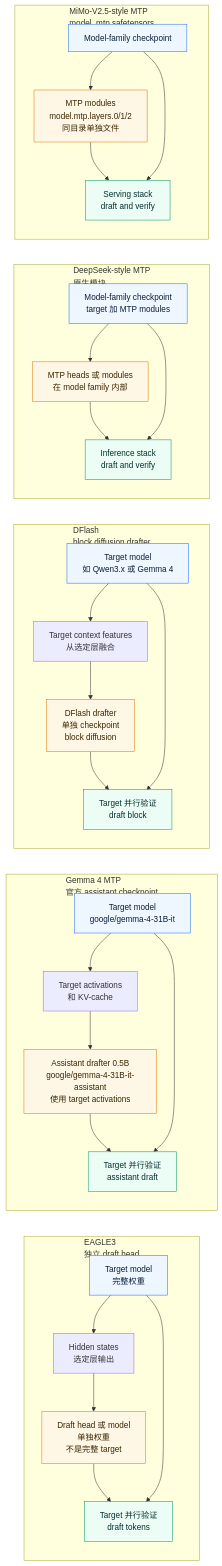
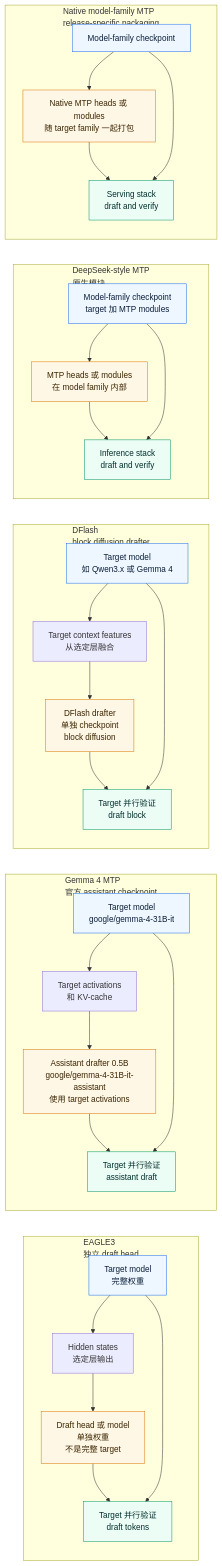
The second of 3 diagrams in Deep-Learning/Speculative-Decoding-EAGLE3/README-CN.md (david-xinyuwei/david-share), drawn with Mermaid before and after one commit. The commit also changed other lines of this file and 2 other files, not shown here.

First line of the commit message:
refactor: generalize repo title to Speculative Decoding, remove MiMo case, rewrite simulated acceptance with token timeline example and 4-hyperparameter explanation, align bilingual sections

````diff
--- a/Deep-Learning/Speculative-Decoding-EAGLE3/README-CN.md
+++ b/Deep-Learning/Speculative-Decoding-EAGLE3/README-CN.md
@@ -214,60 +212,60 @@
 ```mermaid
 flowchart LR
     subgraph E3["EAGLE3<br/>独立 draft head"]
         E3T["Target model<br/>完整权重"]
         E3H["Hidden states<br/>选定层输出"]
         E3D["Draft head 或 model<br/>单独权重<br/>不是完整 target"]
         E3V["Target 并行验证<br/>draft tokens"]
         E3T --> E3H
         E3H --> E3D
         E3D --> E3V
         E3T --> E3V
     end
 
     subgraph G4["Gemma 4 MTP<br/>官方 assistant checkpoint"]
         G4T["Target model<br/>google/gemma-4-31B-it"]
         G4A["Target activations<br/>和 KV-cache"]
         G4D["Assistant drafter 0.5B<br/>google/gemma-4-31B-it-assistant<br/>使用 target activations"]
         G4V["Target 并行验证<br/>assistant draft"]
         G4T --> G4A
         G4A --> G4D
         G4D --> G4V
         G4T --> G4V
     end
 
     subgraph DF["DFlash<br/>block diffusion drafter"]
         DFT["Target model<br/>如 Qwen3.x 或 Gemma 4"]
         DFF["Target context features<br/>从选定层融合"]
         DFD["DFlash drafter<br/>单独 checkpoint<br/>block diffusion"]
         DFV["Target 并行验证<br/>draft block"]
         DFT --> DFF
         DFF --> DFD
         DFD --> DFV
         DFT --> DFV
     end
 
     subgraph DS["DeepSeek-style MTP<br/>原生模块"]
         DST["Model-family checkpoint<br/>target 加 MTP modules"]
         DSH["MTP heads 或 modules<br/>在 model family 内部"]
         DSV["Inference stack<br/>draft and verify"]
         DST --> DSH
         DSH --> DSV
         DST --> DSV
     end
 
-    subgraph MM["MiMo-V2.5-style MTP<br/>model_mtp.safetensors"]
-        MMT["Model-family checkpoint"]
-        MMD["MTP modules<br/>model.mtp.layers.0/1/2<br/>同目录单独文件"]
-        MMV["Serving stack<br/>draft and verify"]
-        MMT --> MMD
-        MMD --> MMV
-        MMT --> MMV
+    subgraph NM["Native model-family MTP<br/>release-specific packaging"]
+        NMT["Model-family checkpoint"]
+        NMD["Native MTP heads 或 modules<br/>随 target family 一起打包"]
+        NMV["Serving stack<br/>draft and verify"]
+        NMT --> NMD
+        NMD --> NMV
+        NMT --> NMV
     end
 
     classDef target fill:#eef6ff,stroke:#1f6feb,color:#0b1f3a
     classDef drafter fill:#fff7e6,stroke:#d97706,color:#3b2500
     classDef verify fill:#ecfdf5,stroke:#059669,color:#042f2e
-    class E3T,G4T,DFT,DST,MMT target
-    class E3D,G4D,DFD,DSH,MMD drafter
-    class E3V,G4V,DFV,DSV,MMV verify
+    class E3T,G4T,DFT,DST,NMT target
+    class E3D,G4D,DFD,DSH,NMD drafter
+    class E3V,G4V,DFV,DSV,NMV verify
 ```
````
